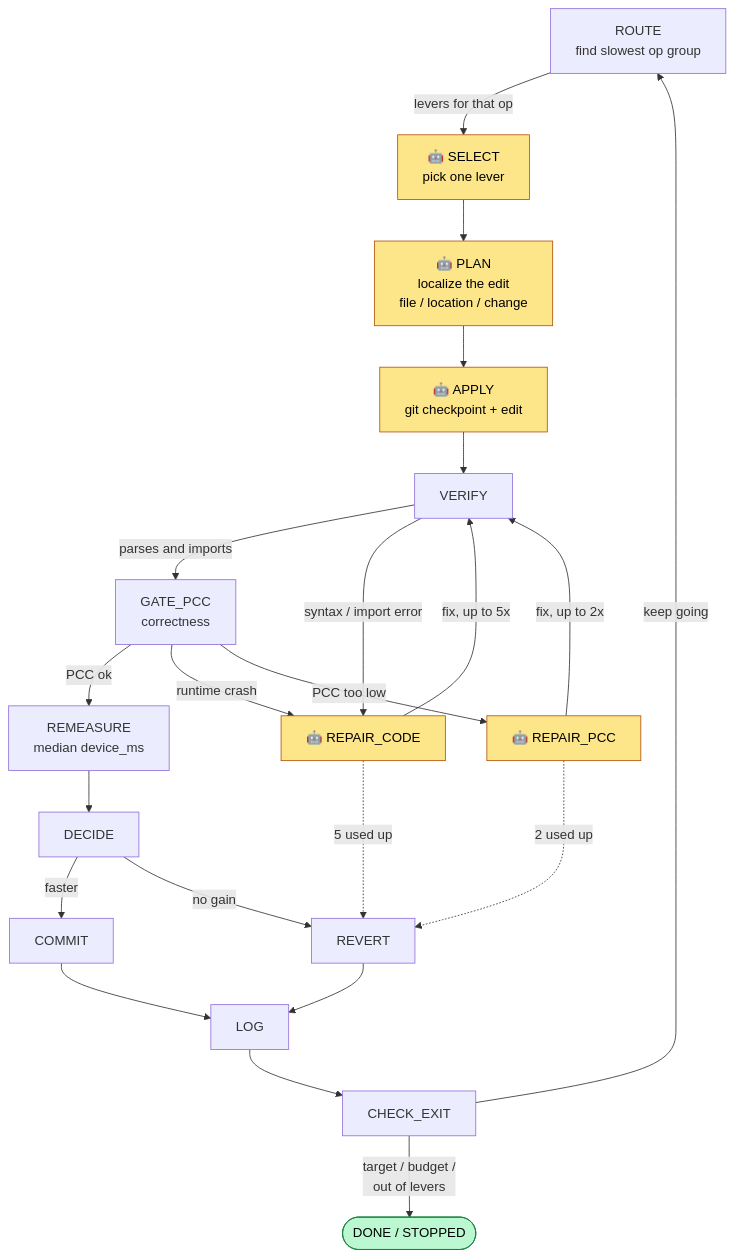
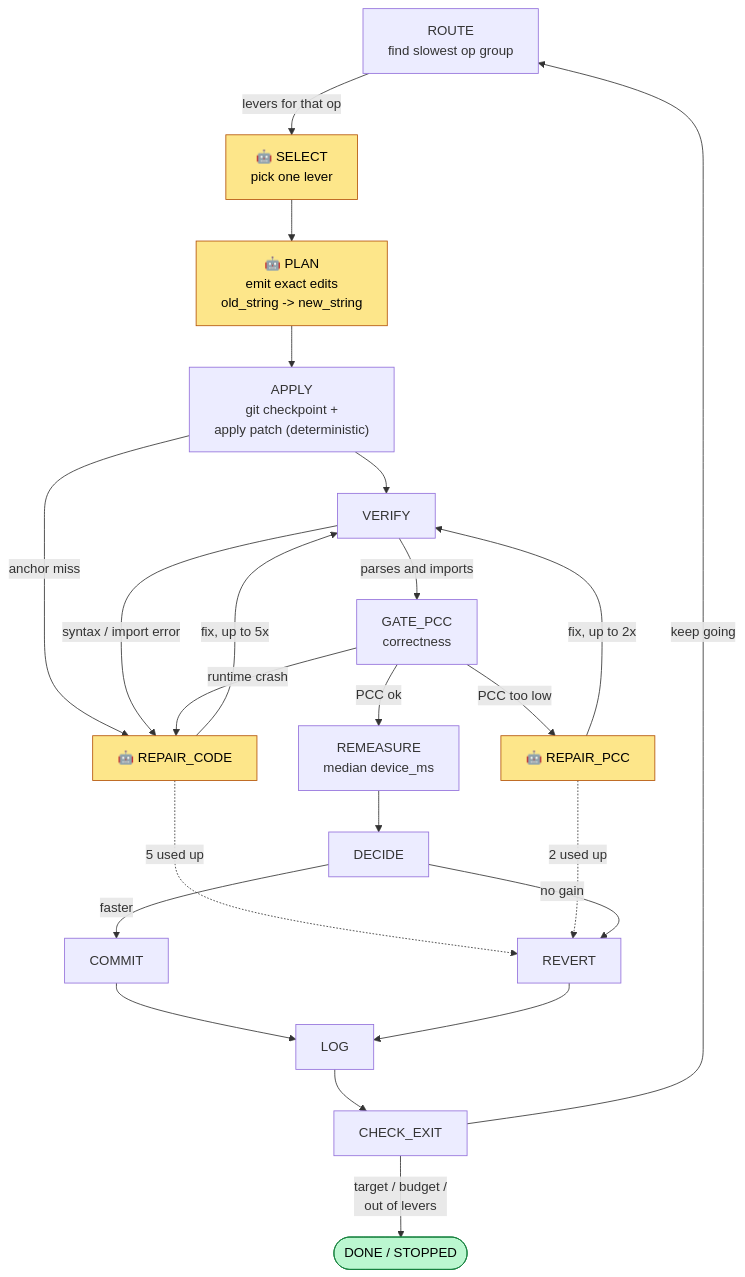
The second of 2 diagrams in models/experimental/perf_automation/README.md (tenstorrent/tt-metal), drawn with Mermaid before and after one commit. The commit also changed other lines of this file and 8 other files, not shown here.

First line of the commit message:
perf_automation: content-anchored edits + deterministic APPLY

````diff
--- a/models/experimental/perf_automation/README.md
+++ b/models/experimental/perf_automation/README.md
@@ -60,29 +60,30 @@
 ```mermaid
 flowchart TD
     ROUTE["ROUTE<br/>find slowest op group"] -->|"levers for that op"| SELECT
     SELECT["🤖 SELECT<br/>pick one lever"] --> PLAN
-    PLAN["🤖 PLAN<br/>localize the edit<br/>file / location / change"] --> APPLY
-    APPLY["🤖 APPLY<br/>git checkpoint + edit"] --> VERIFY
+    PLAN["🤖 PLAN<br/>emit exact edits<br/>old_string -> new_string"] --> APPLY
+    APPLY["APPLY<br/>git checkpoint +<br/>apply patch (deterministic)"] --> VERIFY
+    APPLY -->|"anchor miss"| RC
     VERIFY -->|"parses and imports"| GATE["GATE_PCC<br/>correctness"]
     VERIFY -->|"syntax / import error"| RC["🤖 REPAIR_CODE"]
     GATE -->|"PCC ok"| REM["REMEASURE<br/>median device_ms"]
     GATE -->|"runtime crash"| RC
     GATE -->|"PCC too low"| RP["🤖 REPAIR_PCC"]
     RC -->|"fix, up to 5x"| VERIFY
     RP -->|"fix, up to 2x"| VERIFY
     RC -.->|"5 used up"| REVERT
     RP -.->|"2 used up"| REVERT
     REM --> DECIDE
     DECIDE -->|"faster"| COMMIT
     DECIDE -->|"no gain"| REVERT
     COMMIT --> LOG
     REVERT --> LOG
     LOG --> EXIT["CHECK_EXIT"]
     EXIT -->|"keep going"| ROUTE
     EXIT -->|"target / budget /<br/>out of levers"| STOP(["DONE / STOPPED"])
 
     classDef agent fill:#fde68a,stroke:#b45309,color:#000;
     classDef term fill:#bbf7d0,stroke:#15803d,color:#000;
-    class SELECT,PLAN,APPLY,RC,RP agent;
+    class SELECT,PLAN,RC,RP agent;
     class STOP term;
 ```
````
